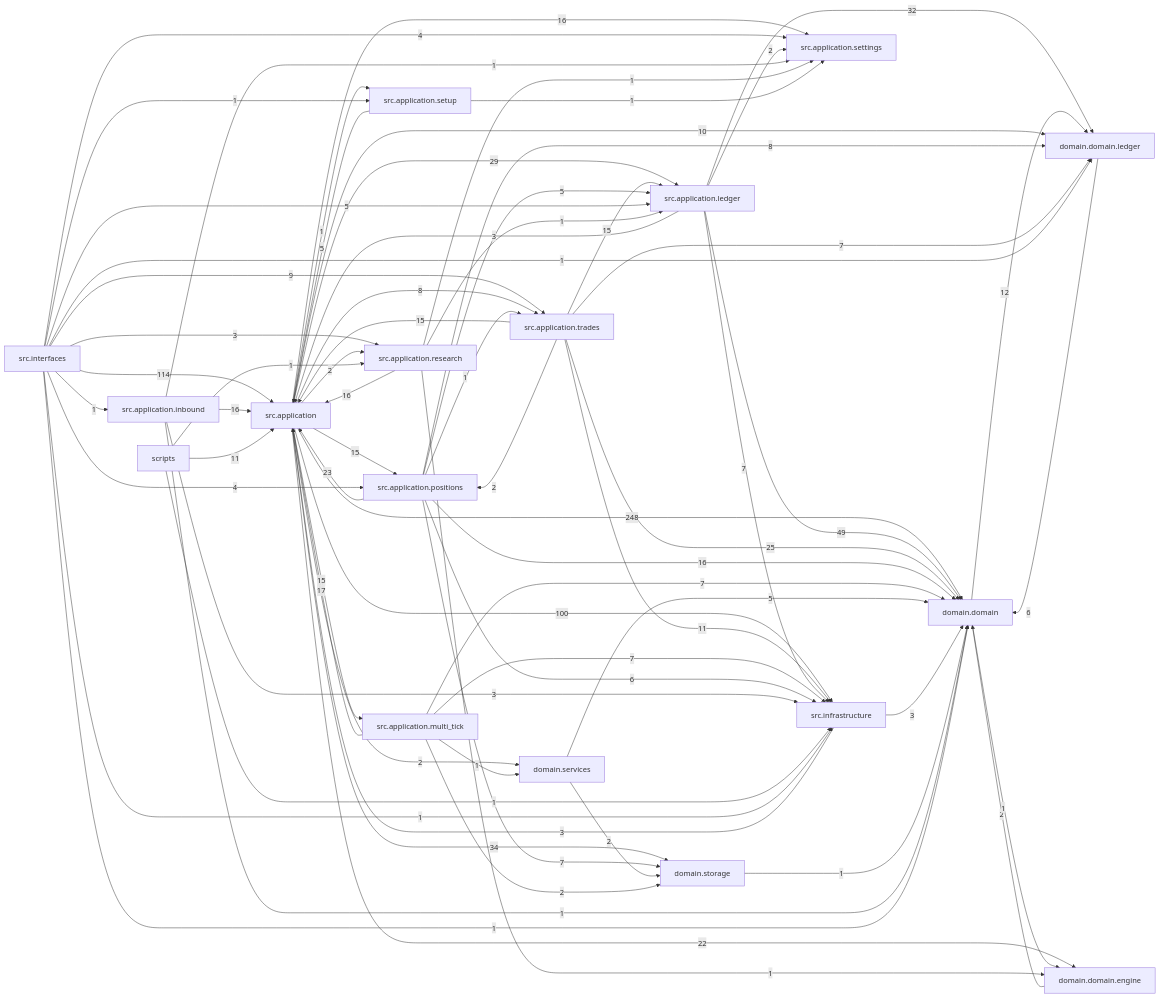
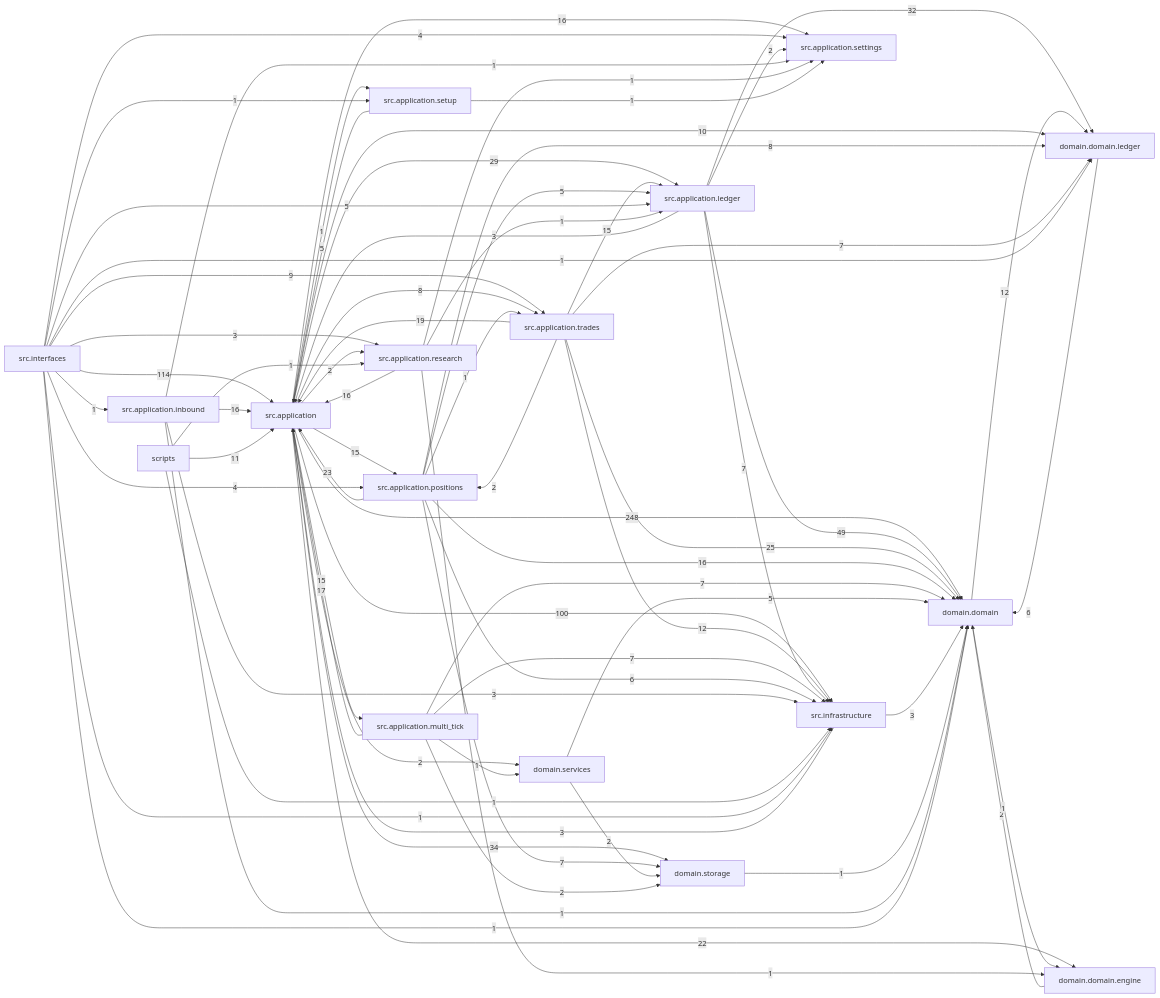
Before and after one commit to liuxie066/options-monitor: the diagram in docs/dependency_graph.mmd, drawn with Mermaid. The commit also changed 9 other files, not shown here.

```diff
--- a/docs/dependency_graph.mmd
+++ b/docs/dependency_graph.mmd
@@ -1,70 +1,70 @@
 flowchart LR
   src_application["src.application"] -->|248| domain_domain["domain.domain"]
   src_interfaces["src.interfaces"] -->|114| src_application["src.application"]
   src_application["src.application"] -->|100| src_infrastructure["src.infrastructure"]
   src_application_ledger["src.application.ledger"] -->|49| domain_domain["domain.domain"]
   src_application["src.application"] -->|34| domain_storage["domain.storage"]
   src_application_ledger["src.application.ledger"] -->|32| domain_domain_ledger["domain.domain.ledger"]
   src_application["src.application"] -->|29| src_application_ledger["src.application.ledger"]
   src_application_trades["src.application.trades"] -->|25| domain_domain["domain.domain"]
   src_application_positions["src.application.positions"] -->|23| src_application["src.application"]
   src_application["src.application"] -->|22| domain_domain_engine["domain.domain.engine"]
+  src_application_trades["src.application.trades"] -->|19| src_application["src.application"]
   src_application_multi_tick["src.application.multi_tick"] -->|17| src_application["src.application"]
   src_application["src.application"] -->|16| src_application_settings["src.application.settings"]
   src_application_inbound["src.application.inbound"] -->|16| src_application["src.application"]
   src_application_positions["src.application.positions"] -->|16| domain_domain["domain.domain"]
   src_application_research["src.application.research"] -->|16| src_application["src.application"]
   src_application["src.application"] -->|15| src_application_multi_tick["src.application.multi_tick"]
   src_application["src.application"] -->|15| src_application_positions["src.application.positions"]
-  src_application_trades["src.application.trades"] -->|15| src_application["src.application"]
   src_application_trades["src.application.trades"] -->|15| src_application_ledger["src.application.ledger"]
   domain_domain["domain.domain"] -->|12| domain_domain_ledger["domain.domain.ledger"]
+  src_application_trades["src.application.trades"] -->|12| src_infrastructure["src.infrastructure"]
   scripts["scripts"] -->|11| src_application["src.application"]
-  src_application_trades["src.application.trades"] -->|11| src_infrastructure["src.infrastructure"]
   src_application["src.application"] -->|10| domain_domain_ledger["domain.domain.ledger"]
   src_interfaces["src.interfaces"] -->|9| src_application_trades["src.application.trades"]
   src_application["src.application"] -->|8| src_application_trades["src.application.trades"]
   src_application_positions["src.application.positions"] -->|8| domain_domain_ledger["domain.domain.ledger"]
   src_application_ledger["src.application.ledger"] -->|7| src_infrastructure["src.infrastructure"]
   src_application_multi_tick["src.application.multi_tick"] -->|7| domain_domain["domain.domain"]
   src_application_multi_tick["src.application.multi_tick"] -->|7| src_infrastructure["src.infrastructure"]
   src_application_positions["src.application.positions"] -->|7| domain_storage["domain.storage"]
   src_application_trades["src.application.trades"] -->|7| domain_domain_ledger["domain.domain.ledger"]
   domain_domain_ledger["domain.domain.ledger"] -->|6| domain_domain["domain.domain"]
   src_application_positions["src.application.positions"] -->|6| src_infrastructure["src.infrastructure"]
   domain_services["domain.services"] -->|5| domain_domain["domain.domain"]
   src_application_positions["src.application.positions"] -->|5| src_application_ledger["src.application.ledger"]
   src_application_setup["src.application.setup"] -->|5| src_application["src.application"]
   src_interfaces["src.interfaces"] -->|5| src_application_ledger["src.application.ledger"]
   src_interfaces["src.interfaces"] -->|4| src_application_positions["src.application.positions"]
   src_interfaces["src.interfaces"] -->|4| src_application_settings["src.application.settings"]
   src_application_inbound["src.application.inbound"] -->|3| src_infrastructure["src.infrastructure"]
   src_application_ledger["src.application.ledger"] -->|3| src_application["src.application"]
   src_infrastructure["src.infrastructure"] -->|3| domain_domain["domain.domain"]
   src_infrastructure["src.infrastructure"] -->|3| src_application["src.application"]
   src_interfaces["src.interfaces"] -->|3| src_application_research["src.application.research"]
   domain_domain_engine["domain.domain.engine"] -->|2| domain_domain["domain.domain"]
   domain_services["domain.services"] -->|2| domain_storage["domain.storage"]
   src_application["src.application"] -->|2| domain_services["domain.services"]
   src_application["src.application"] -->|2| src_application_research["src.application.research"]
   src_application_ledger["src.application.ledger"] -->|2| src_application_settings["src.application.settings"]
   src_application_multi_tick["src.application.multi_tick"] -->|2| domain_storage["domain.storage"]
   src_application_trades["src.application.trades"] -->|2| src_application_positions["src.application.positions"]
   domain_domain["domain.domain"] -->|1| domain_domain_engine["domain.domain.engine"]
   domain_storage["domain.storage"] -->|1| domain_domain["domain.domain"]
   scripts["scripts"] -->|1| src_application_research["src.application.research"]
   scripts["scripts"] -->|1| src_infrastructure["src.infrastructure"]
   src_application["src.application"] -->|1| src_application_setup["src.application.setup"]
   src_application_inbound["src.application.inbound"] -->|1| domain_domain["domain.domain"]
   src_application_inbound["src.application.inbound"] -->|1| src_application_settings["src.application.settings"]
   src_application_multi_tick["src.application.multi_tick"] -->|1| domain_services["domain.services"]
   src_application_positions["src.application.positions"] -->|1| src_application_trades["src.application.trades"]
   src_application_research["src.application.research"] -->|1| domain_domain_engine["domain.domain.engine"]
   src_application_research["src.application.research"] -->|1| src_application_ledger["src.application.ledger"]
   src_application_research["src.application.research"] -->|1| src_application_settings["src.application.settings"]
   src_application_setup["src.application.setup"] -->|1| src_application_settings["src.application.settings"]
   src_interfaces["src.interfaces"] -->|1| domain_domain["domain.domain"]
   src_interfaces["src.interfaces"] -->|1| domain_domain_ledger["domain.domain.ledger"]
   src_interfaces["src.interfaces"] -->|1| src_application_inbound["src.application.inbound"]
   src_interfaces["src.interfaces"] -->|1| src_application_setup["src.application.setup"]
   src_interfaces["src.interfaces"] -->|1| src_infrastructure["src.infrastructure"]
```
